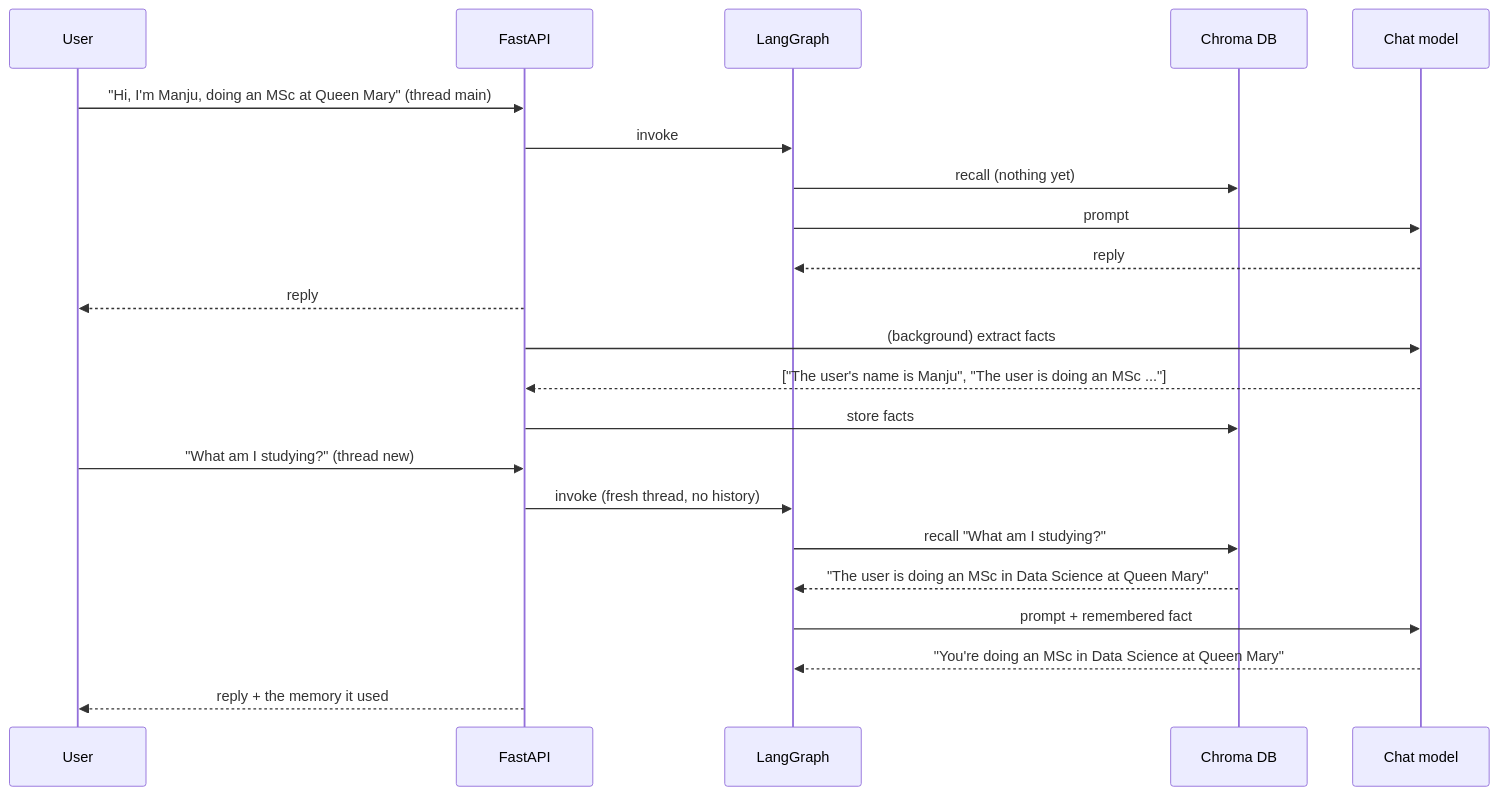
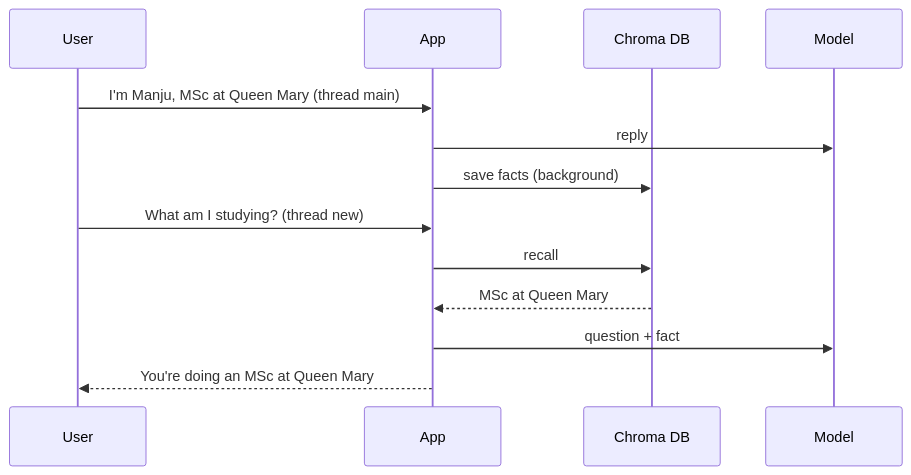
The third of 6 diagrams in PROJECT_REPORT.md (manjuv03/Personalized-AI-Assistant-with-Contextual-Recall), drawn with Mermaid before and after one commit. The commit also changed other lines of this file and 1 other file, not shown here.

Commit message:
Make diagrams more compact

````diff
--- a/PROJECT_REPORT.md
+++ b/PROJECT_REPORT.md
@@ -161,26 +124,15 @@
 ```mermaid
 sequenceDiagram
     participant U as User
-    participant API as FastAPI
-    participant G as LangGraph
+    participant A as App
     participant C as Chroma DB
-    participant M as Chat model
-
-    U->>API: "Hi, I'm Manju, doing an MSc at Queen Mary" (thread main)
-    API->>G: invoke
-    G->>C: recall (nothing yet)
-    G->>M: prompt
-    M-->>G: reply
-    API-->>U: reply
-    API->>M: (background) extract facts
-    M-->>API: ["The user's name is Manju", "The user is doing an MSc ..."]
-    API->>C: store facts
-
-    U->>API: "What am I studying?" (thread new)
-    API->>G: invoke (fresh thread, no history)
-    G->>C: recall "What am I studying?"
-    C-->>G: "The user is doing an MSc in Data Science at Queen Mary"
-    G->>M: prompt + remembered fact
-    M-->>G: "You're doing an MSc in Data Science at Queen Mary"
-    API-->>U: reply + the memory it used
+    participant M as Model
+    U->>A: I'm Manju, MSc at Queen Mary (thread main)
+    A->>M: reply
+    A->>C: save facts (background)
+    U->>A: What am I studying? (thread new)
+    A->>C: recall
+    C-->>A: MSc at Queen Mary
+    A->>M: question + fact
+    A-->>U: You're doing an MSc at Queen Mary
 ```
````
